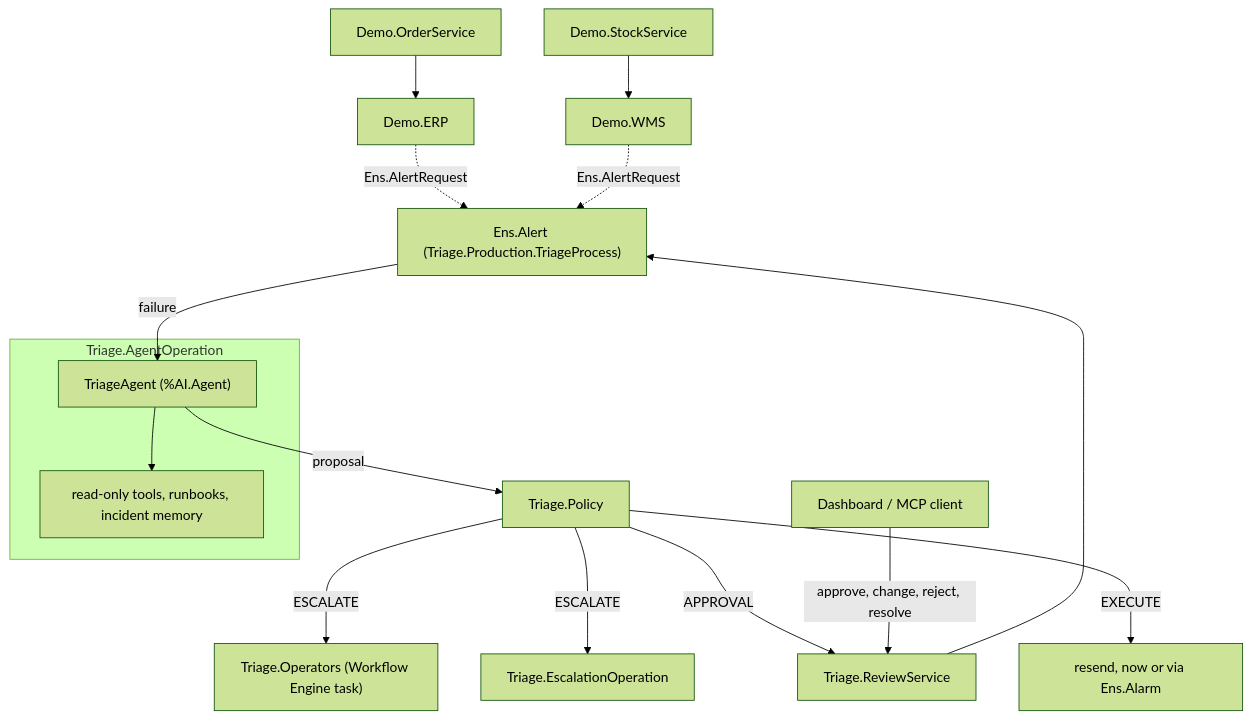
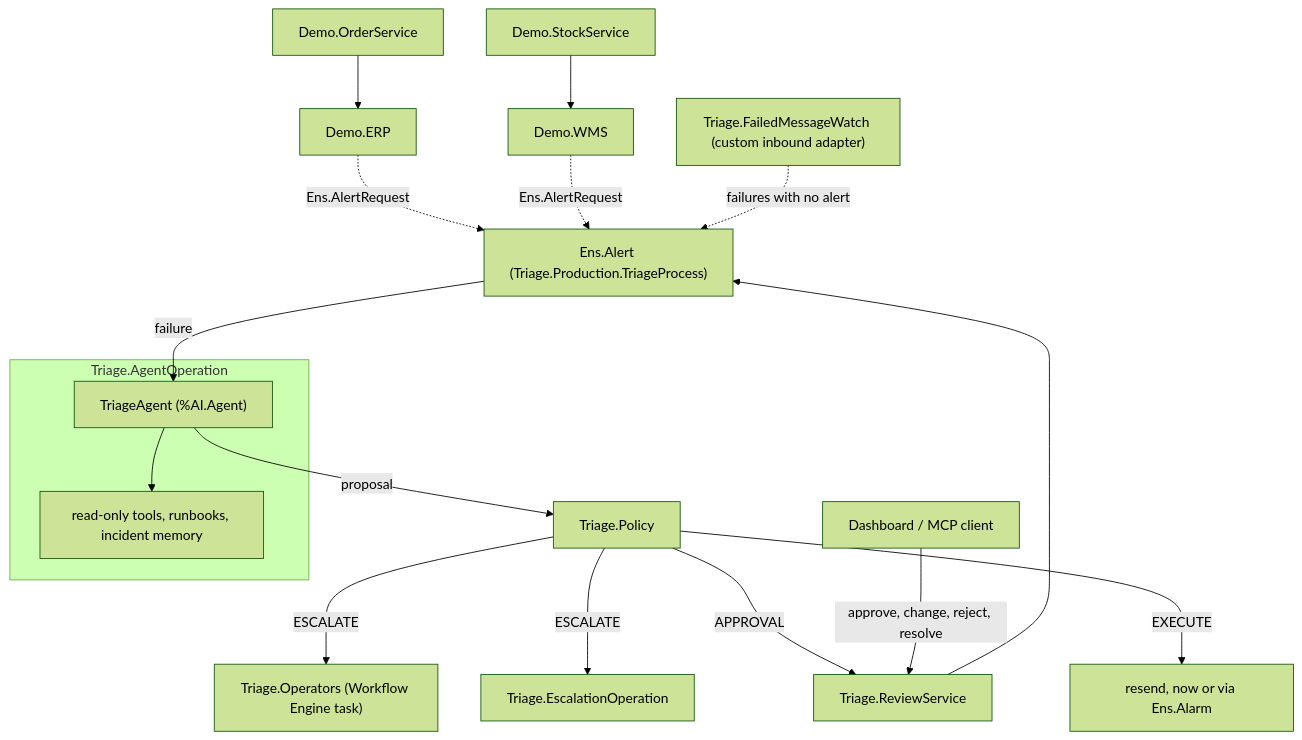
Before and after one commit to FilippoGalli001/Interop-Triage: the diagram in README.md, drawn with Mermaid (forest theme). The commit also changed other lines of this file and 7 other files, not shown here.

First line of the commit message:
Failed message watch: a custom inbound adapter reports failures that raised no alert

````diff
--- a/README.md
+++ b/README.md
@@ -120,19 +124,20 @@
 ```mermaid
 flowchart TD
     OS["Demo.OrderService"] --> ERP["Demo.ERP"]
     SS["Demo.StockService"] --> WMS["Demo.WMS"]
     ERP -.->|Ens.AlertRequest| TP
     WMS -.->|Ens.AlertRequest| TP
+    FW["Triage.FailedMessageWatch (custom inbound adapter)"] -.->|failures with no alert| TP
 
     TP["Ens.Alert (Triage.Production.TriageProcess)"] -->|failure| AG
     subgraph AIHub["Triage.AgentOperation"]
         AG["TriageAgent (%AI.Agent)"] --> TOOLS["read-only tools, runbooks, incident memory"]
     end
     AG -->|proposal| POL["Triage.Policy"]
     POL -->|EXECUTE| RES["resend, now or via Ens.Alarm"]
     POL -->|APPROVAL| REV["Triage.ReviewService"]
     POL -->|ESCALATE| ESC["Triage.EscalationOperation"]
     POL -->|ESCALATE| WF["Triage.Operators (Workflow Engine task)"]
     UI["Dashboard / MCP client"] -->|approve, change, reject, resolve| REV
     REV --> TP
 ```
````
